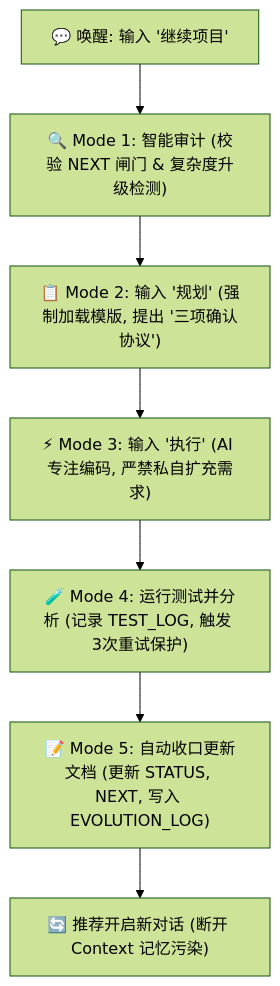
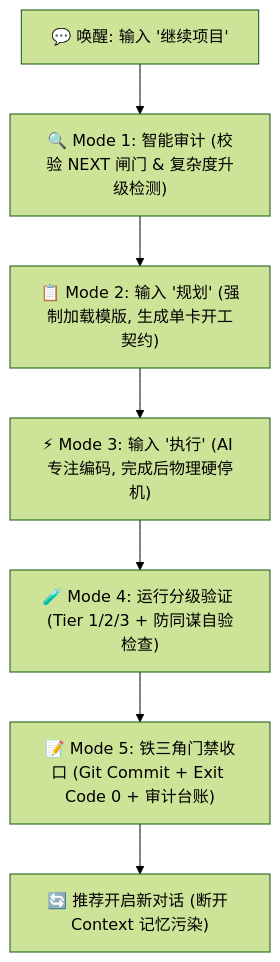
One commit to hinegmail/selfskill changed the diagram in docs/seflskill使用指南.md. Above: the diagram before and after it, drawn with Mermaid (forest theme). The commit also changed other lines of this file and 17 other files, not shown here.

````diff
--- a/docs/seflskill使用指南.md
+++ b/docs/seflskill使用指南.md
@@ -89,9 +94,9 @@
 ```mermaid
 graph TD
     A["💬 唤醒: 输入 '继续项目'"] --> B["🔍 Mode 1: 智能审计 (校验 NEXT 闸门 & 复杂度升级检测)"]
-    B --> C["📋 Mode 2: 输入 '规划' (强制加载模版, 提出 '三项确认协议')"]
-    C --> D["⚡ Mode 3: 输入 '执行' (AI 专注编码, 严禁私自扩充需求)"]
-    D --> E["🧪 Mode 4: 运行测试并分析 (记录 TEST_LOG, 触发 3次重试保护)"]
-    E --> F["📝 Mode 5: 自动收口更新文档 (更新 STATUS, NEXT, 写入 EVOLUTION_LOG)"]
+    B --> C["📋 Mode 2: 输入 '规划' (强制加载模版, 生成单卡开工契约)"]
+    C --> D["⚡ Mode 3: 输入 '执行' (AI 专注编码, 完成后物理硬停机)"]
+    D --> E["🧪 Mode 4: 运行分级验证 (Tier 1/2/3 + 防同谋自验检查)"]
+    E --> F["📝 Mode 5: 铁三角门禁收口 (Git Commit + Exit Code 0 + 审计台账)"]
     F --> G["🔄 推荐开启新对话 (断开 Context 记忆污染)"]
 ```
````
